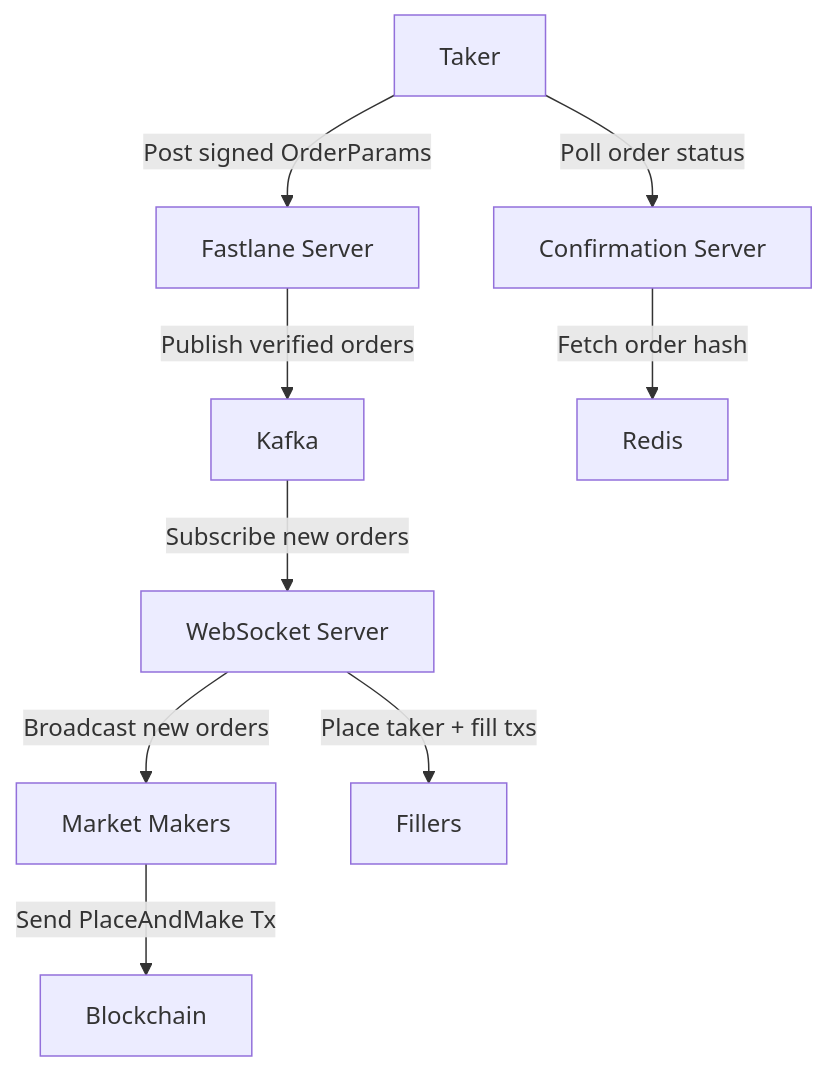
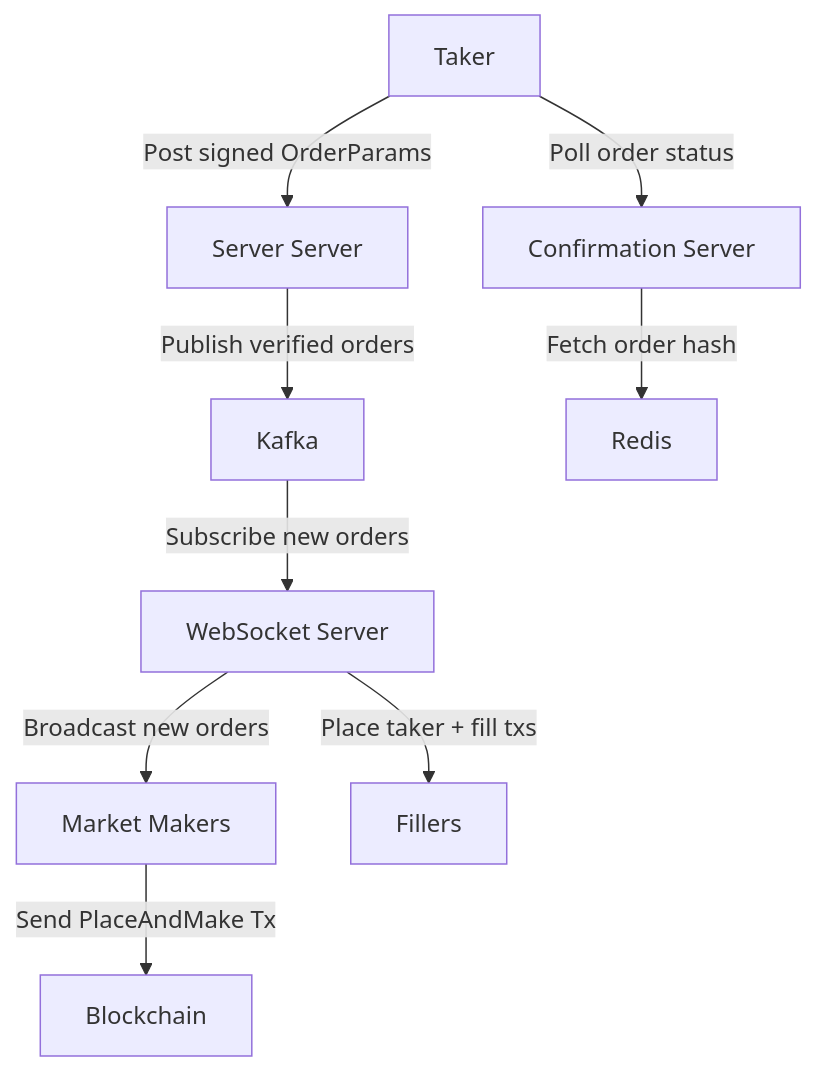
The diagram in README.md (drift-labs/swift), drawn with Mermaid before and after one commit. The commit also changed other lines of this file and 2 other files, not shown here.

````diff
--- a/README.md
+++ b/README.md
@@ -10,20 +13,20 @@
 ```mermaid
 graph TD
     A[Taker]
-    B[Fastlane Server]
+    B[Server Server]
     C[WebSocket Server]
     D[Market Makers]
     E[Kafka]
     F[Blockchain]
     G[Confirmation Server]
     H[Redis]
     I[Fillers]
     A -->|Post signed OrderParams| B
     B -->|Publish verified orders | E
     C -->|Broadcast new orders| D
     D -->|Send PlaceAndMake Tx| F
     E --> |Subscribe new orders| C
     A -->|Poll order status|G
     G -->|Fetch order hash|H
     C -->|Place taker + fill txs| I
 ```
````
